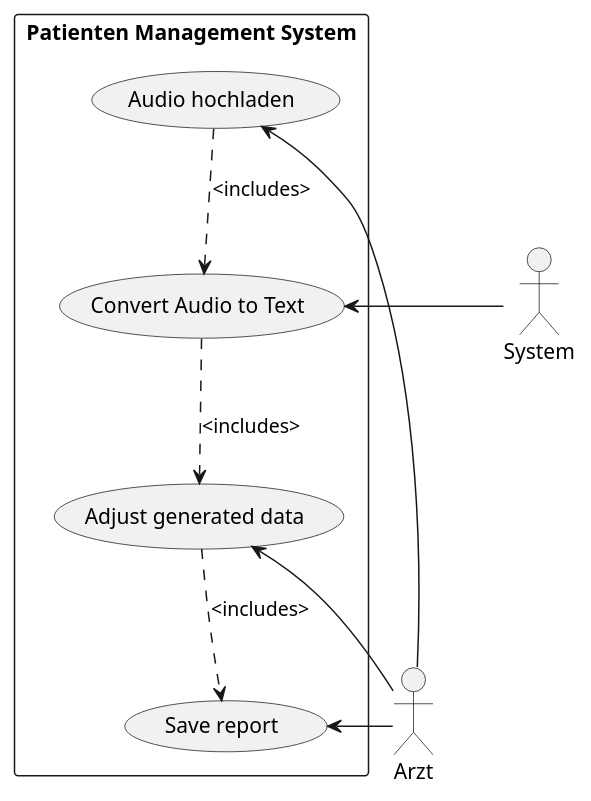
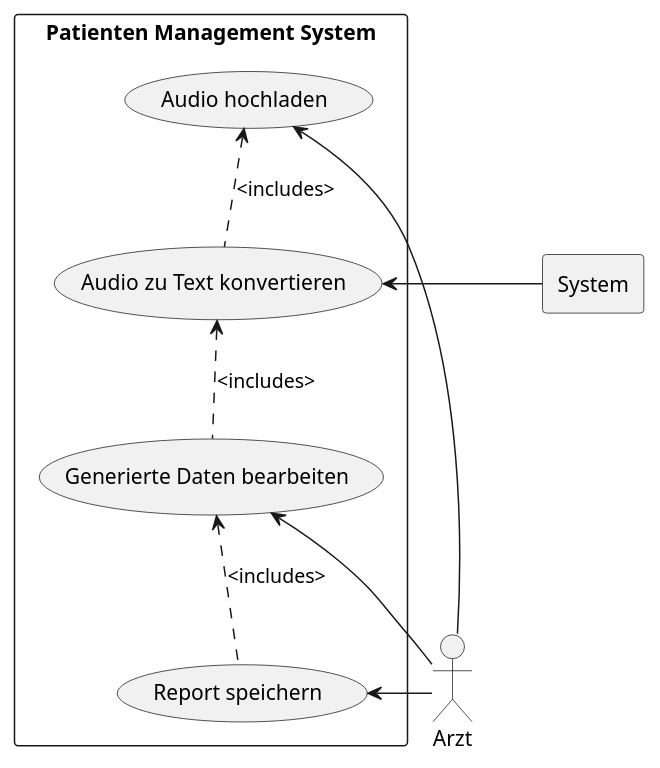
The diagram in doc/task2/usecases/AudioSerialization.puml (thetractor/ch.bfh.bti7081.s2019.orange), drawn with PlantUML before and after one commit. The commit also changed 4 other files, not shown here.

Commit message:
Review usecase diagrams

```diff
--- a/doc/task2/usecases/AudioSerialization.puml
+++ b/doc/task2/usecases/AudioSerialization.puml
@@ -1,23 +1,23 @@
 @startuml
 actor Arzt
-actor System
+rectangle System
 
 rectangle "Patienten Management System" as pms{
     (Audio hochladen) as upload
-    (Convert Audio to Text) as convert
-    (Adjust generated data) as adjust
-    (Save report) as save
+    (Audio zu Text konvertieren) as convert
+    (Generierte Daten bearbeiten) as adjust
+    (Report speichern) as save
 
-    upload ..> convert: <includes>
-    convert ..> adjust: <includes>
-    adjust ..> save: <includes>
+    upload <.. convert: <includes>
+    convert <.. adjust: <includes>
+    adjust <.. save: <includes>
 }
 
 Arzt -left-> upload
 Arzt -left-> adjust
 Arzt -left-> save
 
 System -right-> convert
 
 
 @enduml
```
